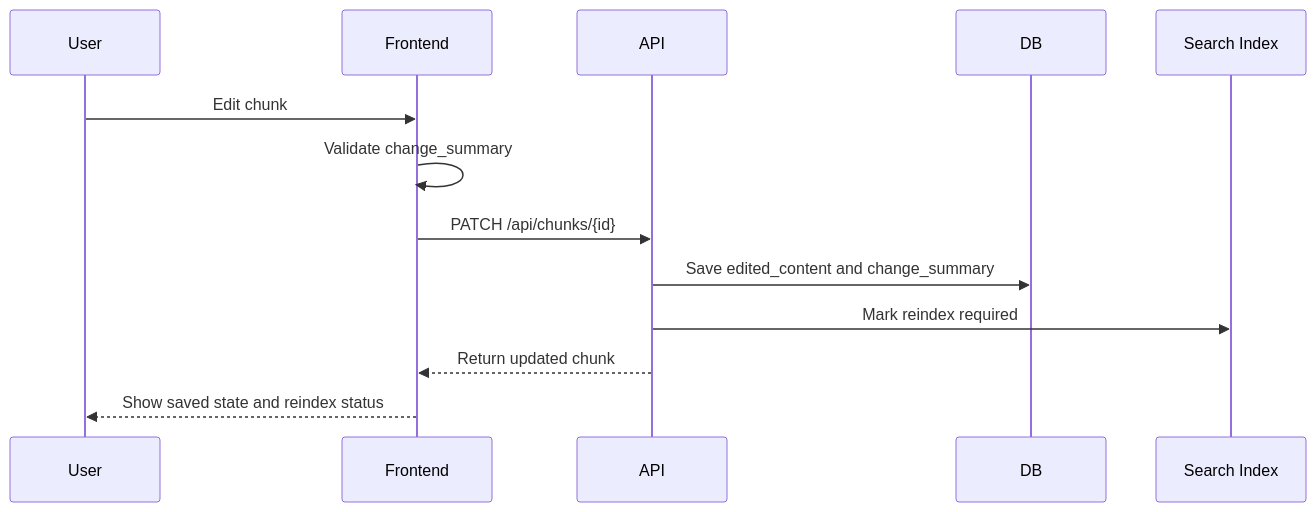
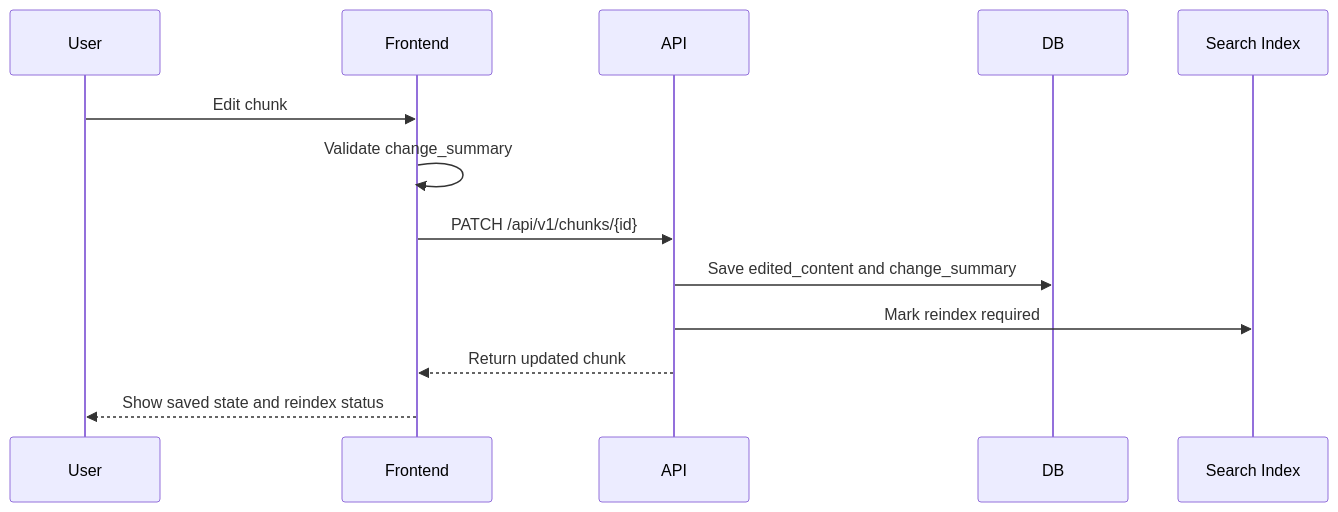
One commit to LittleBlacky/KnowWeave changed the second of 4 diagrams in docs/08-frontend-spec.md. Above: the diagram before and after it, drawn with Mermaid. The commit also changed other lines of this file and 14 other files, not shown here.

````diff
--- a/docs/08-frontend-spec.md
+++ b/docs/08-frontend-spec.md
@@ -367,16 +367,16 @@
 ```mermaid
 sequenceDiagram
   participant U as User
   participant UI as Frontend
   participant API as API
   participant DB as DB
   participant Index as Search Index
 
   U->>UI: Edit chunk
   UI->>UI: Validate change_summary
-  UI->>API: PATCH /api/chunks/{id}
+  UI->>API: PATCH /api/v1/chunks/{id}
   API->>DB: Save edited_content and change_summary
   API->>Index: Mark reindex required
   API-->>UI: Return updated chunk
   UI-->>U: Show saved state and reindex status
 ```
````
